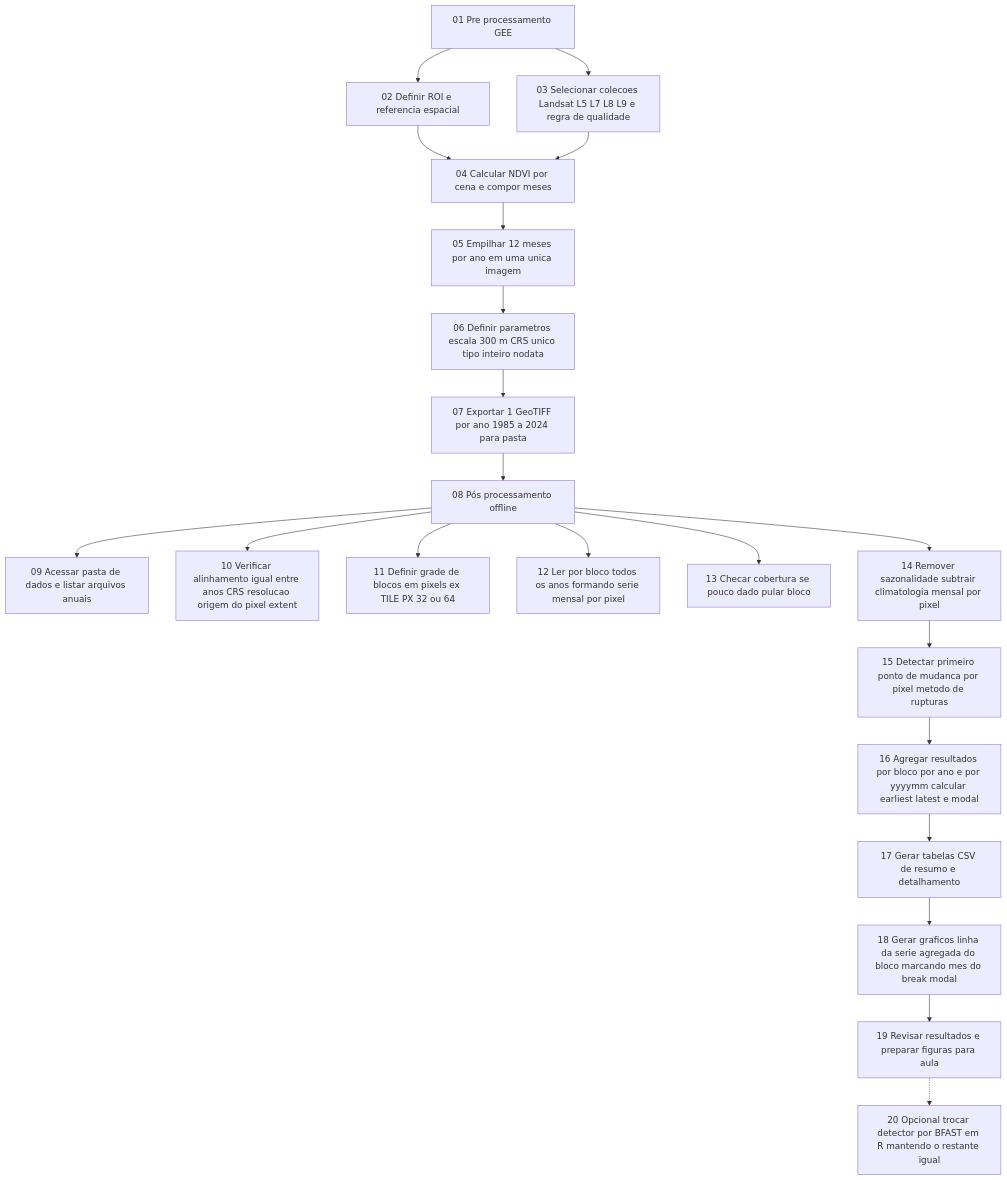
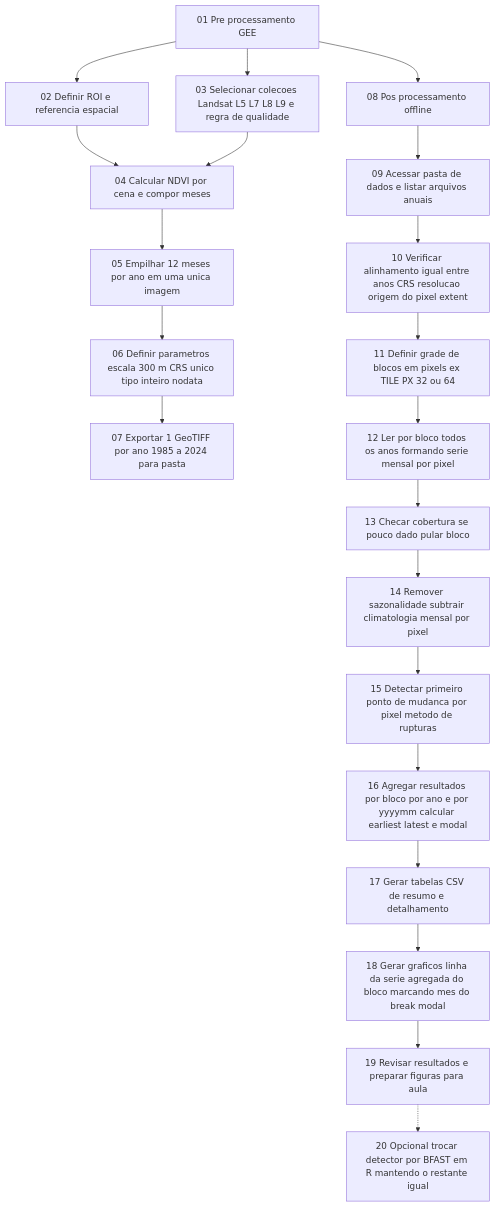
The diagram in README.md (CheilaBaiao/GEE_SR), drawn with Mermaid before and after one commit.

````diff
--- a/README.md
+++ b/README.md
@@ -1,24 +1,24 @@
 ```mermaid
 graph TD
   A00[01 Pre processamento GEE] --> A01[02 Definir ROI e referencia espacial]
   A00 --> A02[03 Selecionar colecoes Landsat L5 L7 L8 L9 e regra de qualidade]
   A01 --> A03[04 Calcular NDVI por cena e compor meses]
   A02 --> A03[04 Calcular NDVI por cena e compor meses]
   A03 --> A04[05 Empilhar 12 meses por ano em uma unica imagem]
   A04 --> A05[06 Definir parametros escala 300 m CRS unico tipo inteiro nodata]
   A05 --> A06[07 Exportar 1 GeoTIFF por ano 1985 a 2024 para pasta]
-  A06 --> B00[08 Pos processamento offline]
+  A00[01 Pre processamento GEE]--> B00[08 Pos processamento offline]
 
-  B00[08 Pós processamento offline] --> B01[09 Acessar pasta de dados e listar arquivos anuais]
-  B00[08 Pós processamento offline] --> B02[10 Verificar alinhamento igual entre anos CRS resolucao origem do pixel extent]
-  B00[08 Pós processamento offline] --> B03[11 Definir grade de blocos em pixels ex TILE PX 32 ou 64]
-  B00[08 Pós processamento offline] --> B04[12 Ler por bloco todos os anos formando serie mensal por pixel]
-  B00[08 Pós processamento offline] --> B05[13 Checar cobertura se pouco dado pular bloco]
-  B00[08 Pós processamento offline] --> B06[14 Remover sazonalidade subtrair climatologia mensal por pixel]
+  B00 --> B01[09 Acessar pasta de dados e listar arquivos anuais]
+  B01 --> B02[10 Verificar alinhamento igual entre anos CRS resolucao origem do pixel extent]
+  B02 --> B03[11 Definir grade de blocos em pixels ex TILE PX 32 ou 64]
+  B03 --> B04[12 Ler por bloco todos os anos formando serie mensal por pixel]
+  B04 --> B05[13 Checar cobertura se pouco dado pular bloco]
+  B05 --> B06[14 Remover sazonalidade subtrair climatologia mensal por pixel]
   B06 --> B07[15 Detectar primeiro ponto de mudanca por pixel metodo de rupturas]
   B07 --> B08[16 Agregar resultados por bloco por ano e por yyyymm calcular earliest latest e modal]
   B08 --> B09[17 Gerar tabelas CSV de resumo e detalhamento]
   B09 --> B10[18 Gerar graficos linha da serie agregada do bloco marcando mes do break modal]
   B10 --> B11[19 Revisar resultados e preparar figuras para aula]
   B11 -.-> C00[20 Opcional trocar detector por BFAST em R mantendo o restante igual]
 ```
````
